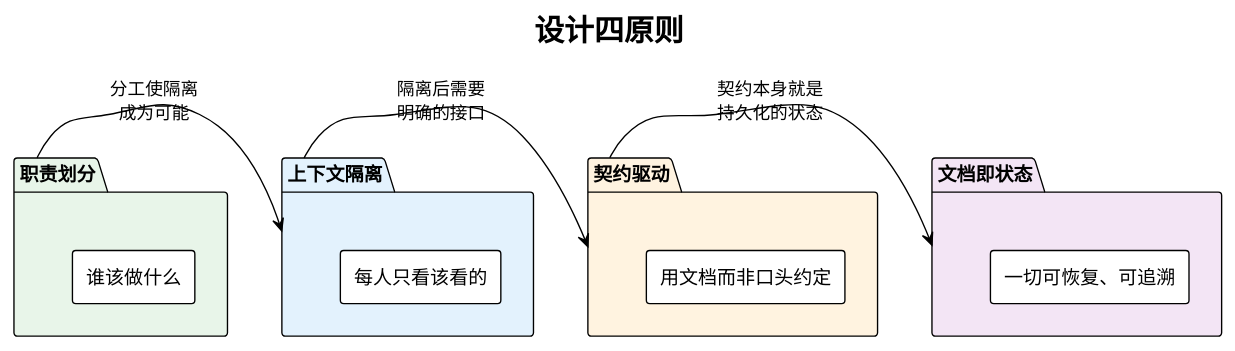
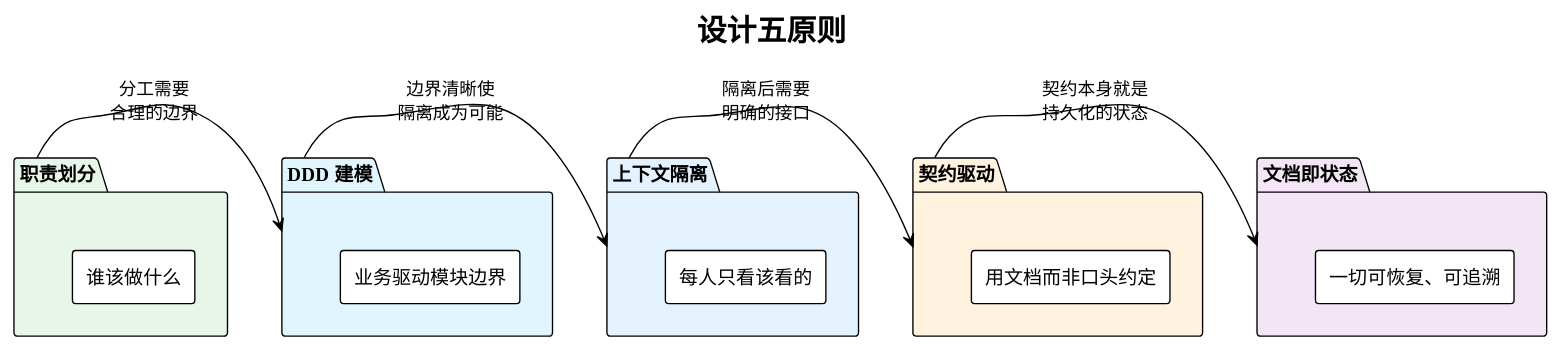
Before and after one commit to strommmm/storms-claude-configuration: the second of 13 diagrams in docs/design-philosophy.md, drawn with PlantUML. The commit also changed other lines of this file, not shown here.

First line of the commit message:
docs: 补充设计理念文档，融入 DDD、TDD 及全部 Agent 角色

````diff
--- a/docs/design-philosophy.md
+++ b/docs/design-philosophy.md
@@ -47,30 +47,35 @@
 ```plantuml
 @startuml
 !theme plain
 skinparam backgroundColor transparent
 skinparam componentStyle rectangle
 
-title 设计四原则
+title 设计五原则
 
 package "职责划分" as P1 #E8F5E9 {
   [谁该做什么]
 }
 
-package "上下文隔离" as P2 #E3F2FD {
+package "DDD 建模" as P2 #E1F5FE {
+  [业务驱动模块边界]
+}
+
+package "上下文隔离" as P3 #E3F2FD {
   [每人只看该看的]
 }
 
-package "契约驱动" as P3 #FFF3E0 {
+package "契约驱动" as P4 #FFF3E0 {
   [用文档而非口头约定]
 }
 
-package "文档即状态" as P4 #F3E5F5 {
+package "文档即状态" as P5 #F3E5F5 {
   [一切可恢复、可追溯]
 }
 
-P1 -right-> P2 : 分工使隔离\n成为可能
-P2 -right-> P3 : 隔离后需要\n明确的接口
-P3 -right-> P4 : 契约本身就是\n持久化的状态
+P1 -right-> P2 : 分工需要\n合理的边界
+P2 -right-> P3 : 边界清晰使\n隔离成为可能
+P3 -right-> P4 : 隔离后需要\n明确的接口
+P4 -right-> P5 : 契约本身就是\n持久化的状态
 
 @enduml
 ```
````
